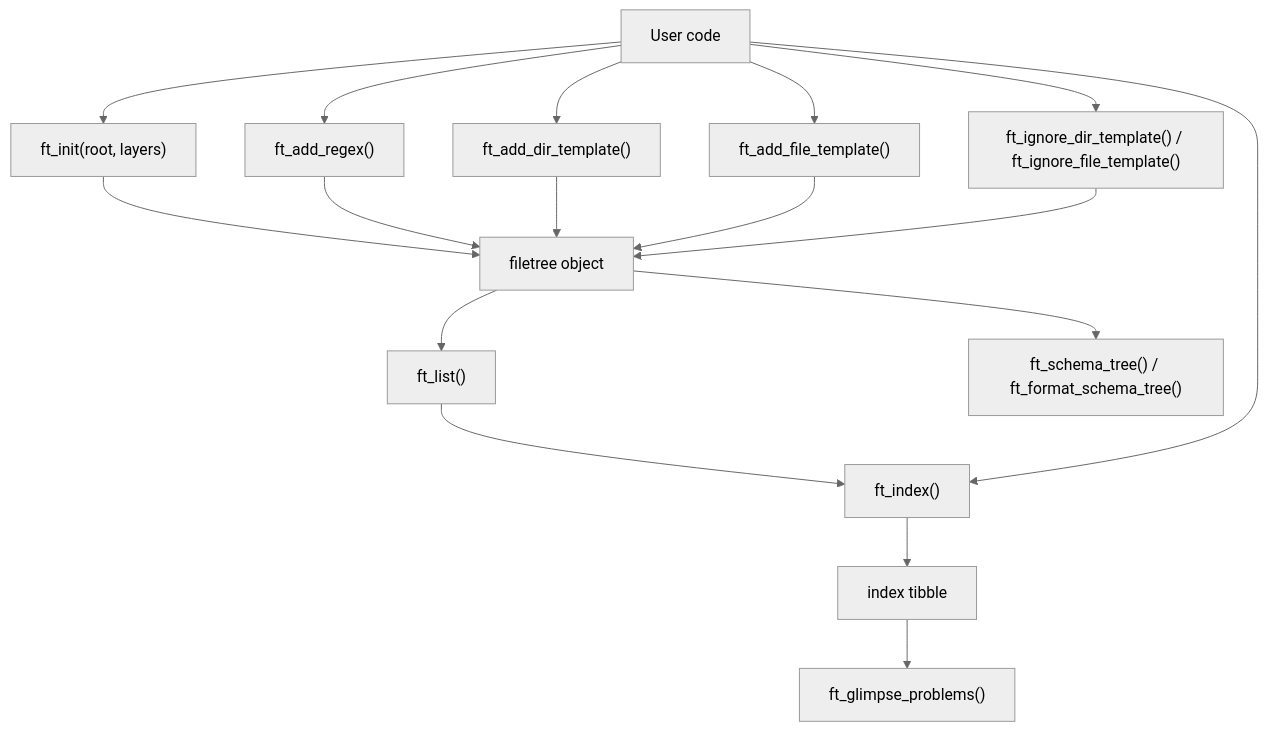
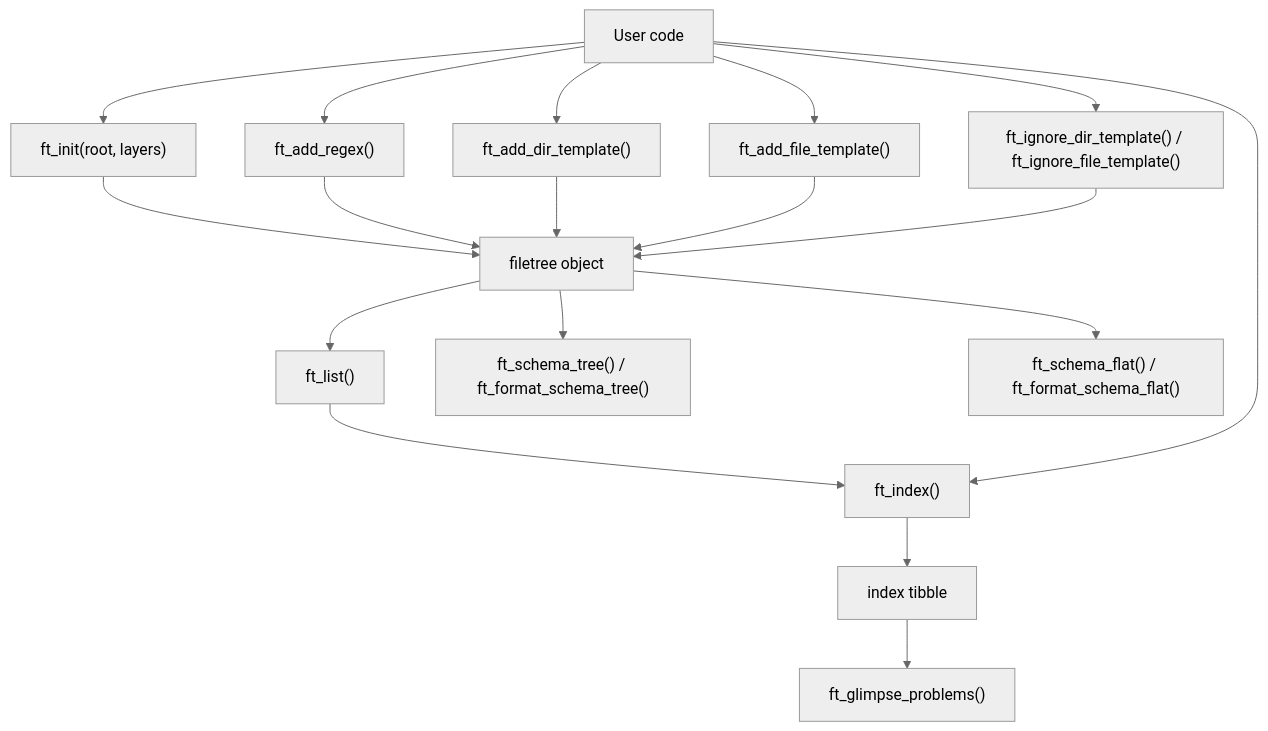
The first of 2 diagrams in inst/overview.md (tjmahr/filetree), drawn with Mermaid (neutral theme) before and after one commit. The commit also changed other lines of this file and 8 other files, not shown here.

Commit message:
add flat schema view

````diff
--- a/inst/overview.md
+++ b/inst/overview.md
@@ -56,19 +56,20 @@
 ```mermaid
 flowchart TD
     User["User code"] --> Init["ft_init(root, layers)"]
     Init --> Object["filetree object"]
     User --> Regex["ft_add_regex()"]
     User --> DirTemplates["ft_add_dir_template()"]
     User --> FileTemplates["ft_add_file_template()"]
     User --> IgnoreTemplates["ft_ignore_dir_template() / ft_ignore_file_template()"]
     Regex --> Object
     DirTemplates --> Object
     FileTemplates --> Object
     IgnoreTemplates --> Object
     Object --> List["ft_list()"]
     List --> Index["ft_index()"]
     User --> Index
     Index --> Result["index tibble"]
     Result --> Problems["ft_glimpse_problems()"]
     Object --> Schema["ft_schema_tree() / ft_format_schema_tree()"]
+    Object --> FlatSchema["ft_schema_flat() / ft_format_schema_flat()"]
 ```
````
